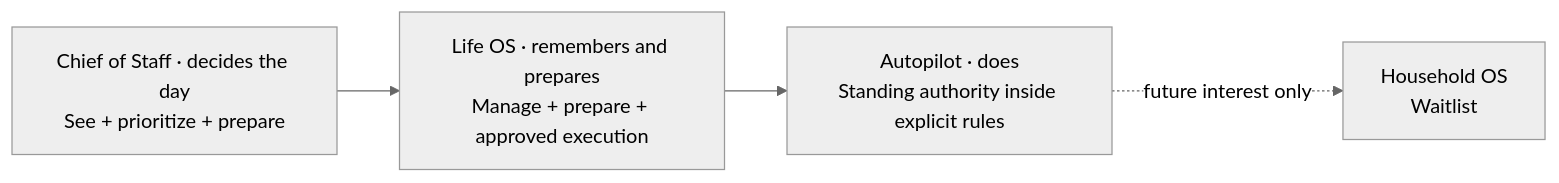
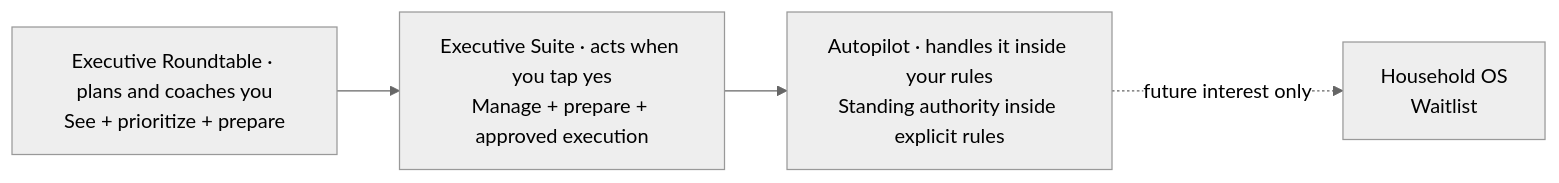
Before and after one commit to seq23/aplayer-mode: the first of 2 diagrams in docs/29-THREE-TIER-PRODUCT-CONTRACT.md, drawn with Mermaid (neutral theme). The commit also changed other lines of this file and 47 other files, not shown here.

First line of the commit message:
Rename paid plans: Executive Roundtable, Executive Suite, Autopilot (ADR-0006)

````diff
--- a/docs/29-THREE-TIER-PRODUCT-CONTRACT.md
+++ b/docs/29-THREE-TIER-PRODUCT-CONTRACT.md
@@ -13,6 +13,6 @@
 ```mermaid
 flowchart LR
-  C[Chief of Staff · decides the day\nSee + prioritize + prepare] --> L[Life OS · remembers and prepares\nManage + prepare + approved execution]
-  L --> A[Autopilot · does\nStanding authority inside explicit rules]
+  C[Executive Roundtable · plans and coaches you\nSee + prioritize + prepare] --> L[Executive Suite · acts when you tap yes\nManage + prepare + approved execution]
+  L --> A[Autopilot · handles it inside your rules\nStanding authority inside explicit rules]
   A -. future interest only .-> H[Household OS\nWaitlist]
 ```
````
